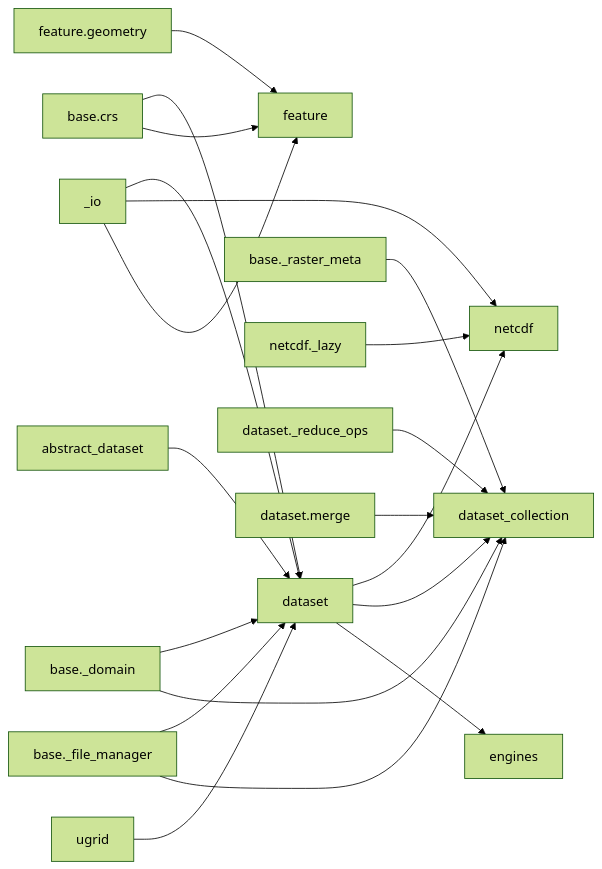
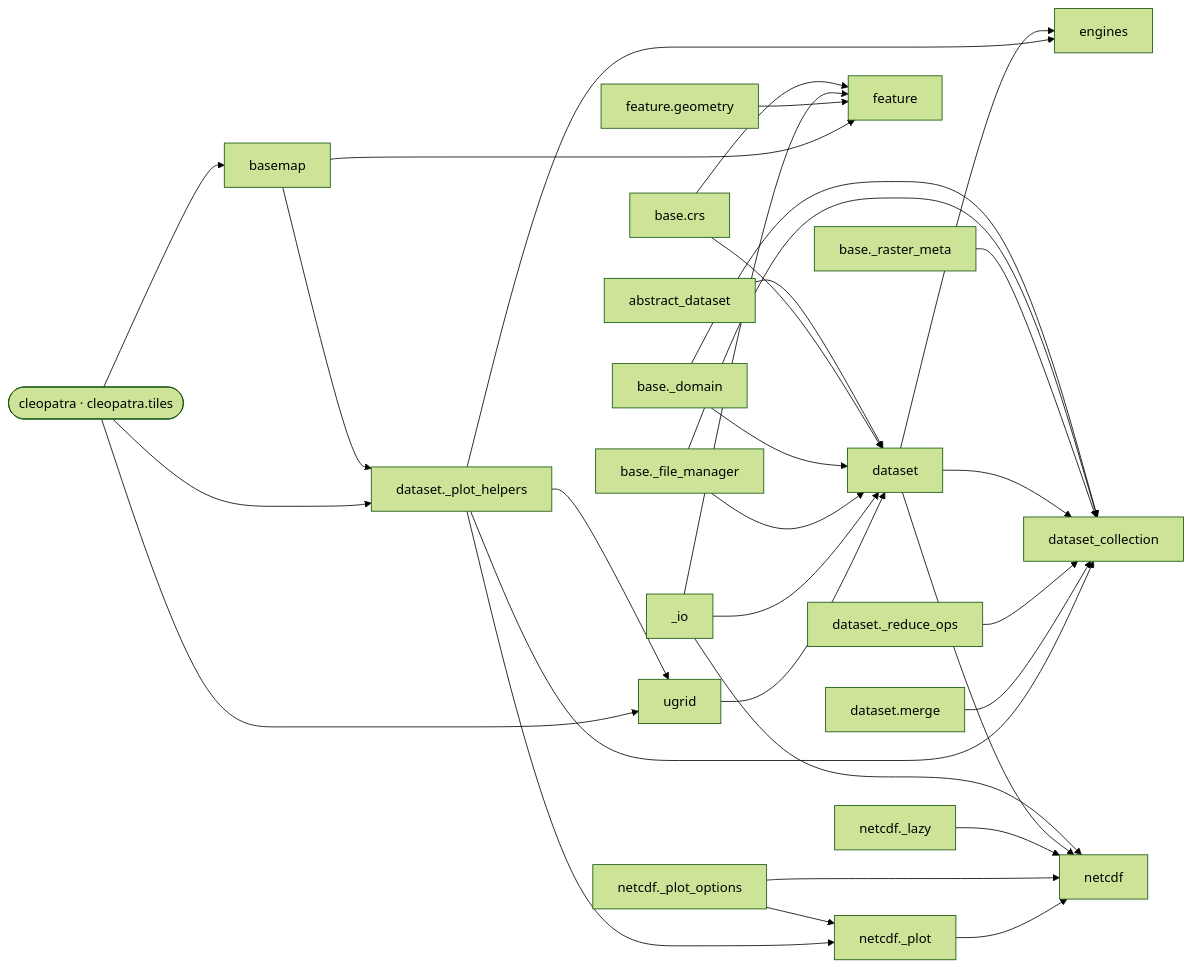
Diagram 13 of 14 in docs/architecture/diagrams.md (serapeum-org/pyramids), drawn with Mermaid (forest theme) before and after one commit. The commit also changed other lines of this file and 24 other files, not shown here.

````diff
--- a/docs/architecture/diagrams.md
+++ b/docs/architecture/diagrams.md
@@ -289,22 +423,34 @@
 ```mermaid
 flowchart LR
   abstract_dataset --> dataset
   base_crs[base.crs] --> dataset
   base_crs --> feature
   base_domain[base._domain] --> dataset
   base_domain --> dataset_collection
   base_file_manager[base._file_manager] --> dataset
   base_file_manager --> dataset_collection
   base_raster_meta[base._raster_meta] --> dataset_collection
   pyramids_io[_io] --> dataset
   pyramids_io --> netcdf
   pyramids_io --> feature
   dataset --> netcdf
   dataset --> dataset_collection
   dataset --> engines
   netcdf_lazy[netcdf._lazy] --> netcdf
   ugrid --> dataset
   feature_geometry[feature.geometry] --> feature
   reduce_ops[dataset._reduce_ops] --> dataset_collection
   merge_mod[dataset.merge] --> dataset_collection
+  plot_helpers[dataset._plot_helpers] --> engines
+  plot_helpers --> dataset_collection
+  plot_helpers --> ugrid
+  netcdf_plot_options[netcdf._plot_options] --> netcdf_plot
+  netcdf_plot_options --> netcdf
+  plot_helpers --> netcdf_plot[netcdf._plot]
+  netcdf_plot --> netcdf
+  basemap_mod[basemap] --> plot_helpers
+  basemap_mod --> feature
+  cleopatra_pkg([cleopatra · cleopatra.tiles]) --> plot_helpers
+  cleopatra_pkg --> basemap_mod
+  cleopatra_pkg --> ugrid
 ```
````
